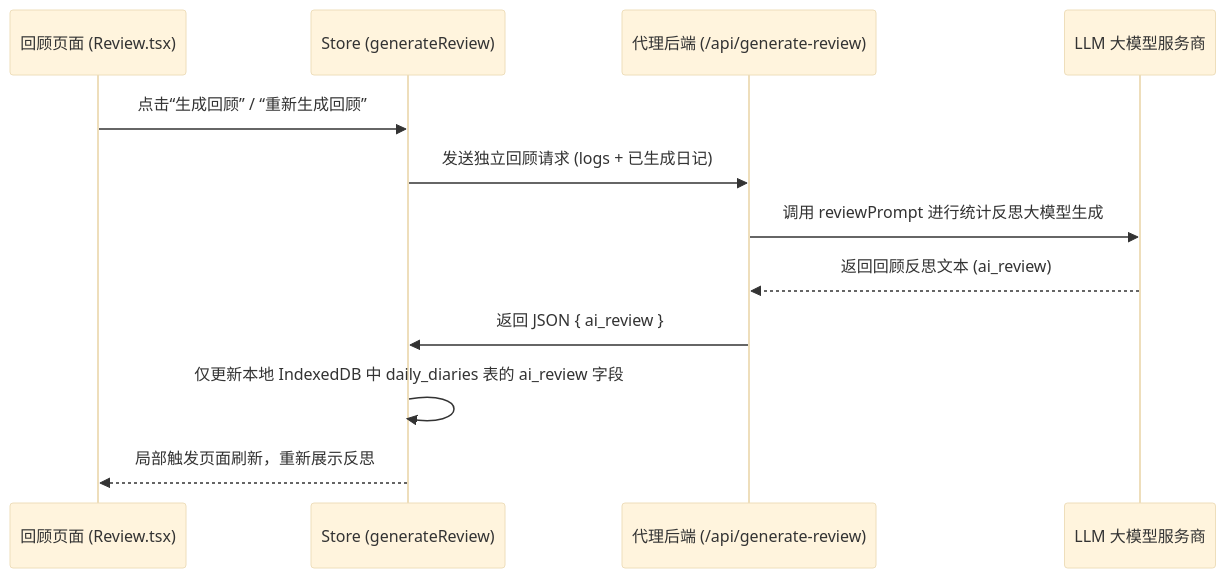
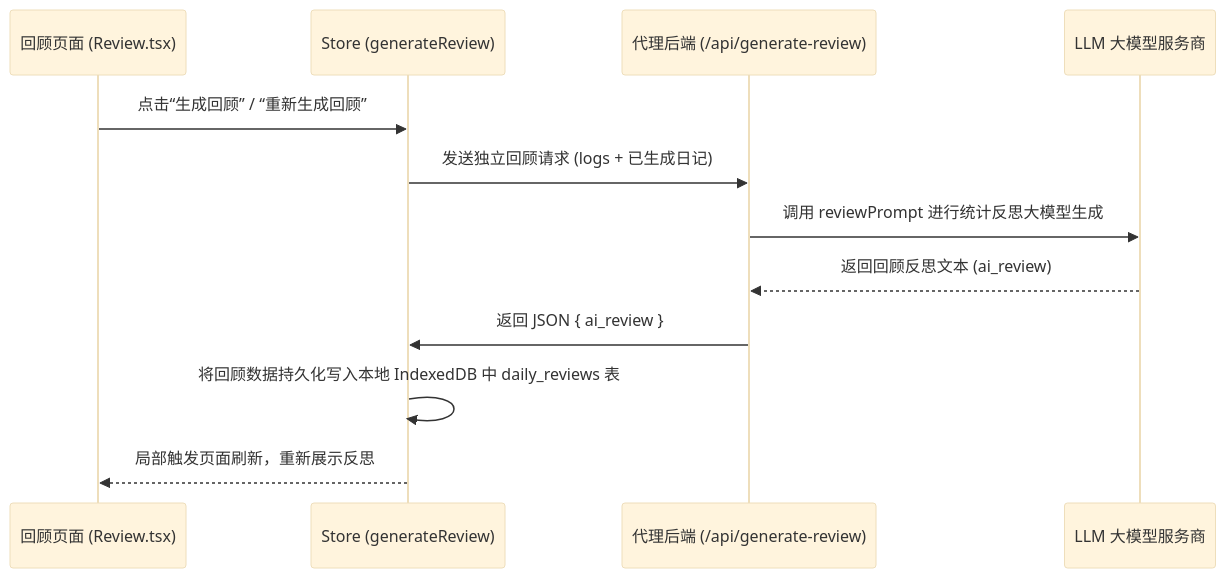
Before and after one commit to haotianliangye/baimiaobiji: the third of 3 diagrams in docs/architecture.md, drawn with Mermaid (base theme). The commit also changed other lines of this file and 11 other files, not shown here.

````diff
--- a/docs/architecture.md
+++ b/docs/architecture.md
@@ -64,15 +65,15 @@
 ```mermaid
 sequenceDiagram
     participant Frontend as 回顾页面 (Review.tsx)
     participant Store as Store (generateReview)
     participant Backend as 代理后端 (/api/generate-review)
     participant LLM as LLM 大模型服务商
 
     Frontend->>Store: 点击“生成回顾” / “重新生成回顾”
     Store->>Backend: 发送独立回顾请求 (logs + 已生成日记)
     Backend->>LLM: 调用 reviewPrompt 进行统计反思大模型生成
     LLM-->>Backend: 返回回顾反思文本 (ai_review)
     Backend->>Store: 返回 JSON { ai_review }
-    Store->>Store: 仅更新本地 IndexedDB 中 daily_diaries 表的 ai_review 字段
+    Store->>Store: 将回顾数据持久化写入本地 IndexedDB 中 daily_reviews 表
     Store-->>Frontend: 局部触发页面刷新，重新展示反思
 ```
````
